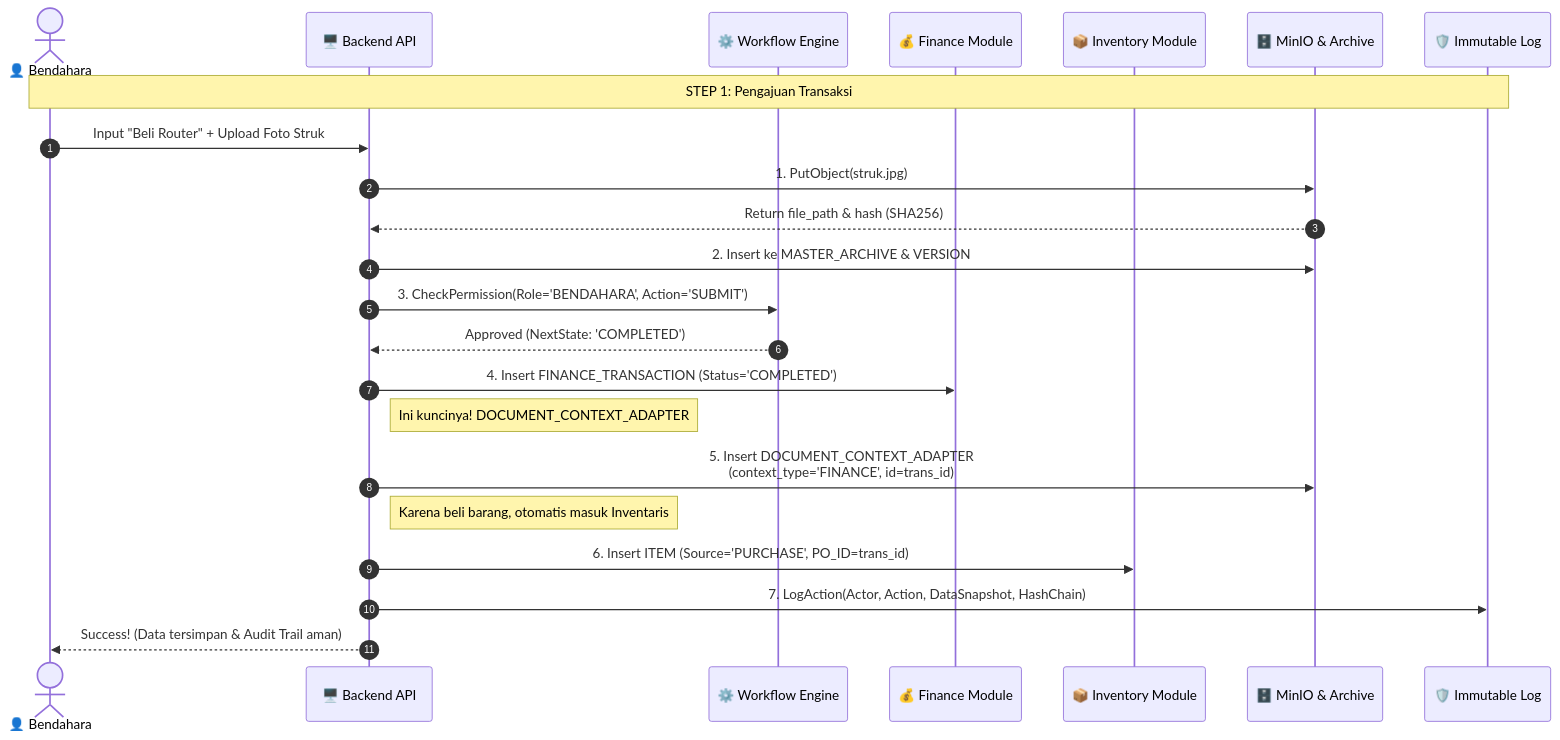
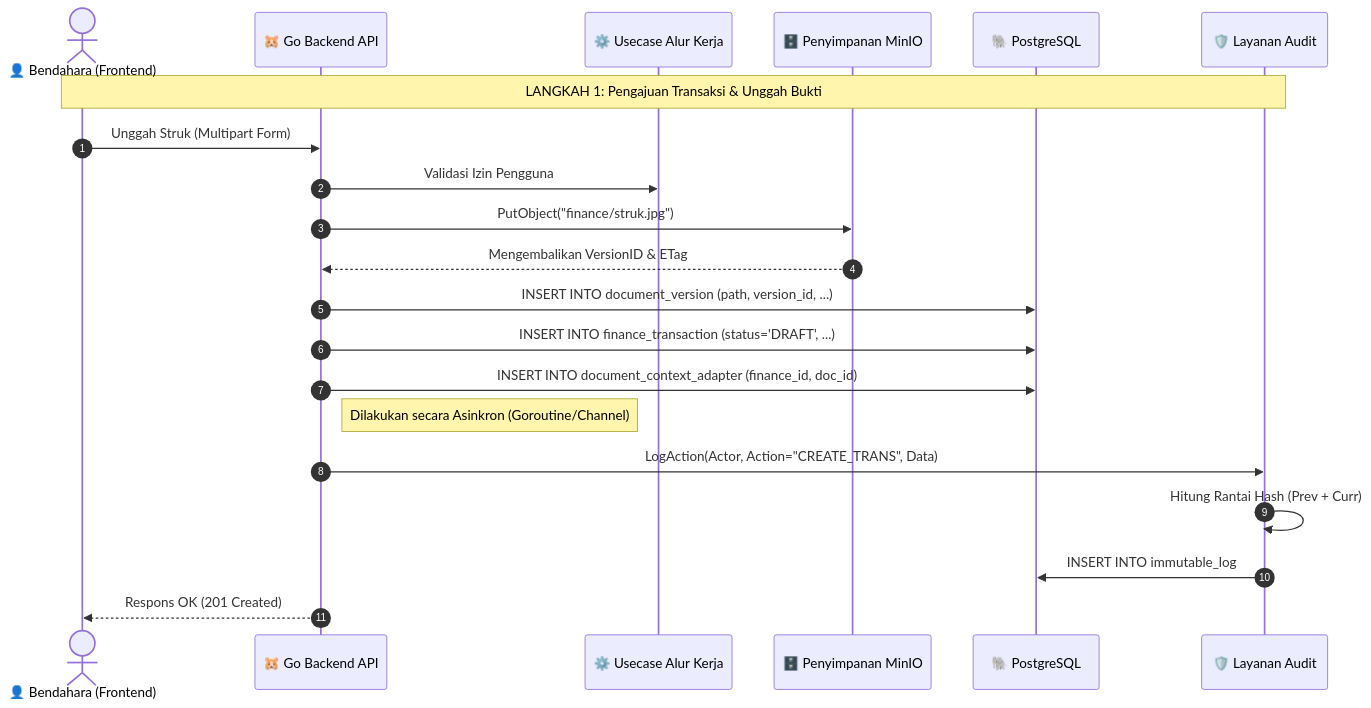
Before and after one commit to zuudevs/SAQ-ERP: the diagram in docs/system/logical.md, drawn with Mermaid. The commit also changed 6 other files, not shown here.

Commit message:
feat: Revise documentation for ERP Lab SAQ; update blueprint, ERD, and tech stack decisions

````diff
--- a/docs/system/logical.md
+++ b/docs/system/logical.md
@@ -1,41 +1,35 @@
 ```mermaid
 sequenceDiagram
     autonumber
-    actor U as 👤 Bendahara
-    participant API as 🖥️ Backend API
-    participant WF as ⚙️ Workflow Engine
-    participant DB_FIN as 💰 Finance Module
-    participant DB_INV as 📦 Inventory Module
-    participant MINIO as 🗄️ MinIO & Archive
-    participant LOG as 🛡️ Immutable Log
+    actor U as 👤 Bendahara (Frontend)
+    participant API as 🐹 Go Backend API
+    participant WF as ⚙️ Usecase Alur Kerja
+    participant MINIO as 🗄️ Penyimpanan MinIO
+    participant DB as 🐘 PostgreSQL
+    participant LOG as 🛡️ Layanan Audit
 
-    Note over U, LOG: STEP 1: Pengajuan Transaksi
-    U->>API: Input "Beli Router" + Upload Foto Struk
+    Note over U, LOG: LANGKAH 1: Pengajuan Transaksi & Unggah Bukti
     
-    %% 1. Upload File dulu
-    API->>MINIO: 1. PutObject(struk.jpg)
-    MINIO-->>API: Return file_path & hash (SHA256)
+    %% 1. Unggah Berkas
+    U->>API: Unggah Struk (Multipart Form)
+    API->>WF: Validasi Izin Pengguna
+    API->>MINIO: PutObject("finance/struk.jpg")
+    MINIO-->>API: Mengembalikan VersionID & ETag
     
-    %% 2. Buat Record Arsip (MASTER_ARCHIVE)
-    API->>MINIO: 2. Insert ke MASTER_ARCHIVE & VERSION
+    %% 2. Simpan Metadata Dokumen
+    API->>DB: INSERT INTO document_version (path, version_id, ...)
     
-    %% 3. Cek Workflow
-    API->>WF: 3. CheckPermission(Role='BENDAHARA', Action='SUBMIT')
-    WF-->>API: Approved (NextState: 'COMPLETED')
+    %% 3. Buat Transaksi
+    API->>DB: INSERT INTO finance_transaction (status='DRAFT', ...)
     
-    %% 4. Simpan Transaksi Keuangan
-    API->>DB_FIN: 4. Insert FINANCE_TRANSACTION (Status='COMPLETED')
+    %% 4. Tautkan Dokumen (Adapter)
+    API->>DB: INSERT INTO document_context_adapter (finance_id, doc_id)
     
-    %% 5. Link Dokumen ke Transaksi (ADAPTER)
-    Note right of API: Ini kuncinya! DOCUMENT_CONTEXT_ADAPTER
-    API->>MINIO: 5. Insert DOCUMENT_CONTEXT_ADAPTER<br/>(context_type='FINANCE', id=trans_id)
+    %% 5. Pencatatan Audit (Kritikal)
+    Note right of API: Dilakukan secara Asinkron (Goroutine/Channel)
+    API->>LOG: LogAction(Actor, Action="CREATE_TRANS", Data)
+    LOG->>LOG: Hitung Rantai Hash (Prev + Curr)
+    LOG->>DB: INSERT INTO immutable_log
     
-    %% 6. Auto-Create Item Inventaris (Optional)
-    Note right of API: Karena beli barang, otomatis masuk Inventaris
-    API->>DB_INV: 6. Insert ITEM (Source='PURCHASE', PO_ID=trans_id)
-    
-    %% 7. The Final Boss: AUDIT LOG
-    API->>LOG: 7. LogAction(Actor, Action, DataSnapshot, HashChain)
-    
-    API-->>U: Success! (Data tersimpan & Audit Trail aman)
+    API-->>U: Respons OK (201 Created)
 ```
````
